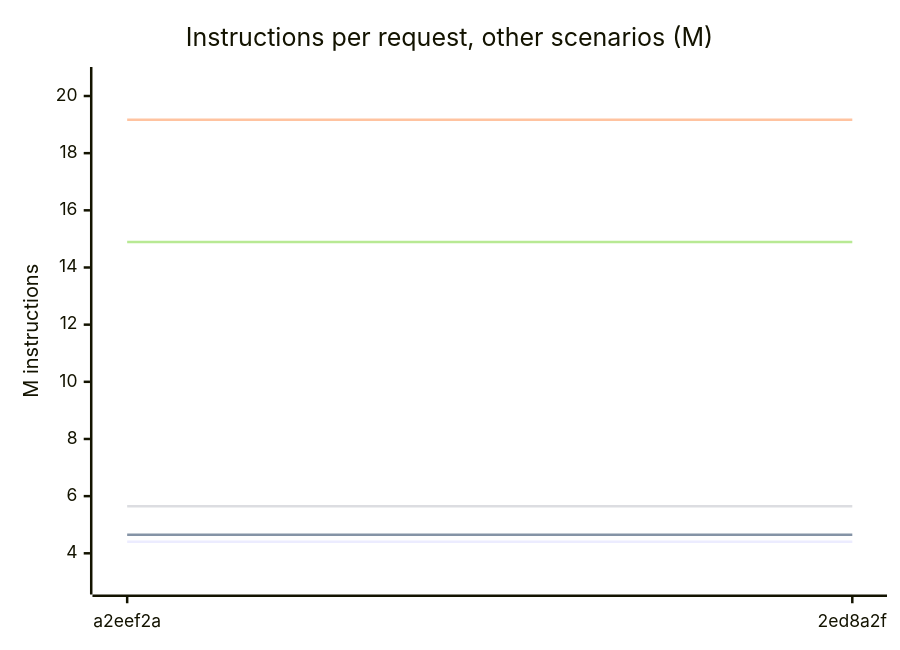
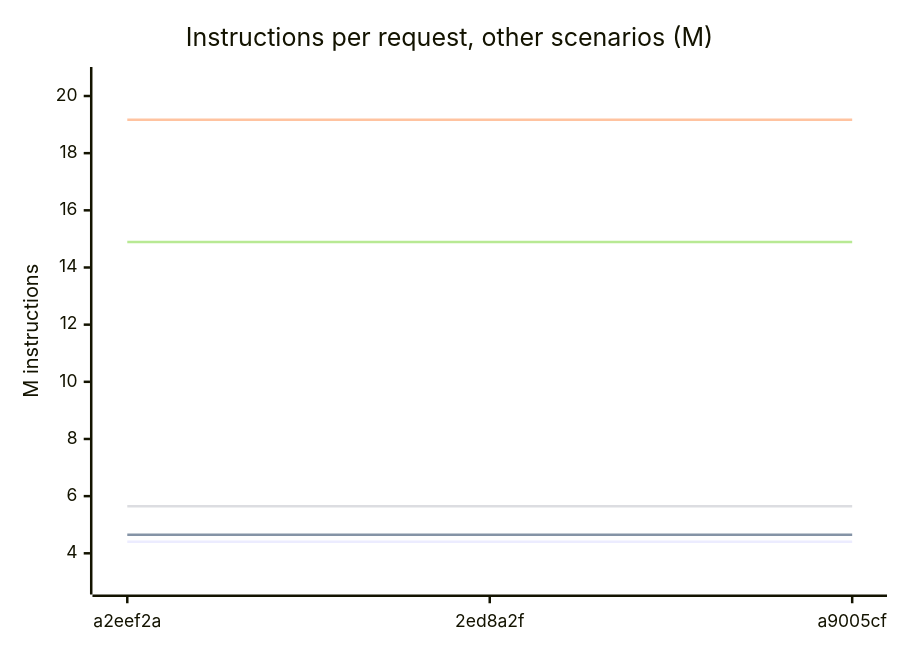
One commit to Karakatiza666/roc-cloudflare-workers changed the third of 7 diagrams in CHART.md. Above: the diagram before and after it, drawn with Mermaid. The commit also changed other lines of this file and 2 other files, not shown here.

````diff
--- a/CHART.md
+++ b/CHART.md
@@ -37,11 +37,11 @@
 ```mermaid
 xychart-beta
     title "Instructions per request, other scenarios (M)"
-    x-axis ["a2eef2a", "2ed8a2f"]
+    x-axis ["a2eef2a", "2ed8a2f", "a9005cf"]
     y-axis "M instructions" 2.9302 --> 20.643
-    line [4.4062, 4.4062]
-    line [4.6469, 4.6469]
-    line [19.167, 19.167]
-    line [5.6463, 5.6463]
-    line [14.894, 14.894]
+    line [4.4062, 4.4062, 4.4062]
+    line [4.6469, 4.6469, 4.6469]
+    line [19.167, 19.167, 19.167]
+    line [5.6463, 5.6463, 5.6463]
+    line [14.894, 14.894, 14.894]
 ```
````
